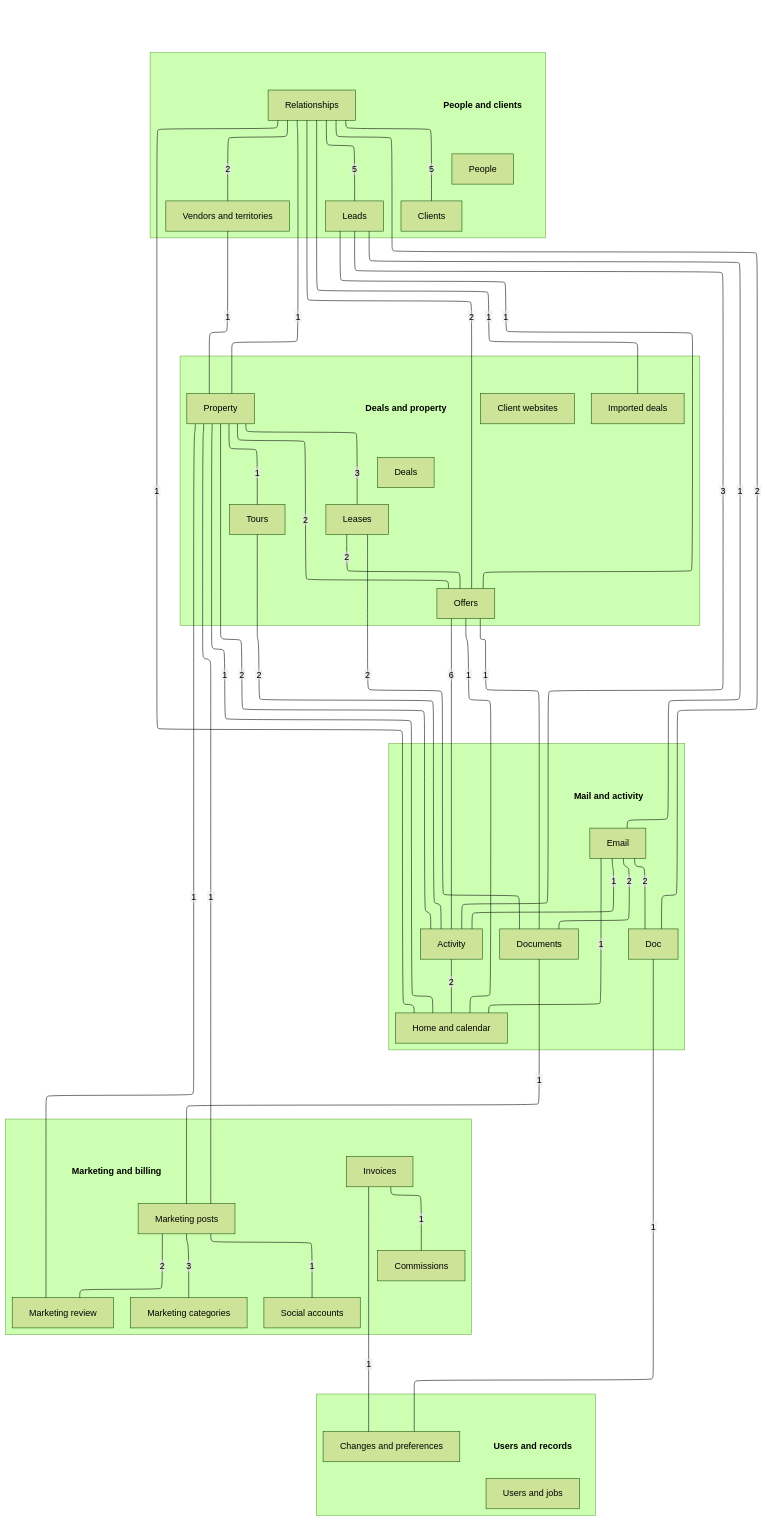
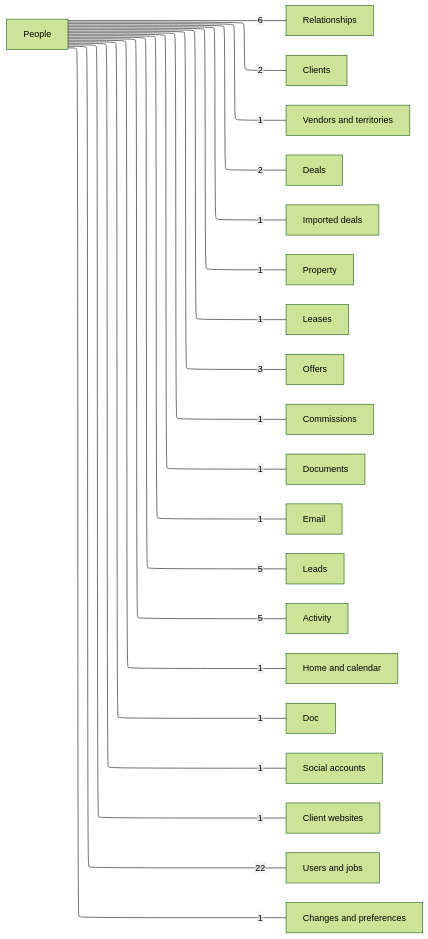
The first of 24 diagrams in docs/database/README.md (DoctorCRE/doctorcre-engine), drawn with Mermaid (forest theme) before and after one commit. The commit also changed other lines of this file and 153 other files, not shown here.

````diff
--- a/docs/database/README.md
+++ b/docs/database/README.md
@@ -6,93 +8,50 @@
 ```mermaid
 ---
-title: "\u00a0"
 config:
   layout: elk
   flowchart:
-    titleTopMargin: 56
     htmlLabels: false
-    diagramPadding: 8
-    nodeSpacing: 25
-    rankSpacing: 35
 ---
-flowchart TB
-  subgraph group0[" "]
-    heading-group0["People and clients"]:::heading
-    a-people["People"]
-    a-relationships["Relationships"]
-    a-clients["Clients"]
-    a-vendors-territories["Vendors and territories"]
-    a-leads["Leads"]
-  end
-  subgraph group1[" "]
-    heading-group1["Deals and property"]:::heading
-    a-deals["Deals"]
-    a-imported-deals["Imported deals"]
-    a-property["Property"]
-    a-leases["Leases"]
-    a-offers["Offers"]
-    a-tours["Tours"]
-    a-website["Client websites"]
-  end
-  subgraph group2[" "]
-    heading-group2["Mail and activity"]:::heading
-    a-email["Email"]
-    a-documents["Documents"]
-    a-activity["Activity"]
-    a-home-calendar["Home and calendar"]
-    a-doc["Doc"]
-  end
-  subgraph group3[" "]
-    heading-group3["Marketing and billing"]:::heading
-    a-marketing-posts["Marketing posts"]
-    a-marketing-categories["Marketing categories"]
-    a-marketing-review["Marketing review"]
-    a-social-accounts["Social accounts"]
-    a-invoices["Invoices"]
-    a-commissions["Commissions"]
-  end
-  subgraph group4[" "]
-    heading-group4["Users and records"]:::heading
-    a-users-jobs["Users and jobs"]
-    a-changes-preferences["Changes and preferences"]
-  end
-  a-relationships ---|5| a-clients
-  a-relationships ---|2| a-vendors-territories
-  a-relationships ---|5| a-leads
-  a-relationships ---|1| a-imported-deals
-  a-relationships ---|1| a-property
-  a-relationships ---|2| a-offers
-  a-relationships ---|1| a-home-calendar
-  a-relationships ---|2| a-doc
-  a-vendors-territories ---|1| a-property
-  a-leads ---|1| a-offers
-  a-leads ---|1| a-email
-  a-leads ---|3| a-activity
-  a-property ---|3| a-leases
-  a-property ---|2| a-offers
-  a-property ---|1| a-tours
-  a-property ---|2| a-activity
-  a-property ---|1| a-home-calendar
-  a-property ---|1| a-marketing-posts
-  a-property ---|1| a-marketing-review
-  a-leases ---|2| a-offers
-  a-leases ---|2| a-documents
-  a-offers ---|1| a-documents
-  a-offers ---|6| a-activity
-  a-offers ---|1| a-home-calendar
-  a-tours ---|2| a-activity
-  a-email ---|2| a-documents
-  a-email ---|1| a-activity
-  a-email ---|1| a-home-calendar
-  a-email ---|2| a-doc
-  a-documents ---|1| a-marketing-posts
-  a-activity ---|2| a-home-calendar
-  a-doc ---|1| a-changes-preferences
-  a-marketing-posts ---|3| a-marketing-categories
-  a-marketing-posts ---|2| a-marketing-review
-  a-marketing-posts ---|1| a-social-accounts
-  a-invoices ---|1| a-commissions
-  a-invoices ---|1| a-changes-preferences
+flowchart LR
+  a-people["People"]
+  a-relationships["Relationships"]
+  a-people ---|6| a-relationships
+  a-clients["Clients"]
+  a-people ---|2| a-clients
+  a-vendors-territories["Vendors and territories"]
+  a-people ---|1| a-vendors-territories
+  a-deals["Deals"]
+  a-people ---|2| a-deals
+  a-imported-deals["Imported deals"]
+  a-people ---|1| a-imported-deals
+  a-property["Property"]
+  a-people ---|1| a-property
+  a-leases["Leases"]
+  a-people ---|1| a-leases
+  a-offers["Offers"]
+  a-people ---|3| a-offers
+  a-commissions["Commissions"]
+  a-people ---|1| a-commissions
+  a-documents["Documents"]
+  a-people ---|1| a-documents
+  a-email["Email"]
+  a-people ---|1| a-email
+  a-leads["Leads"]
+  a-people ---|5| a-leads
+  a-activity["Activity"]
+  a-people ---|5| a-activity
+  a-home-calendar["Home and calendar"]
+  a-people ---|1| a-home-calendar
+  a-doc["Doc"]
+  a-people ---|1| a-doc
+  a-social-accounts["Social accounts"]
+  a-people ---|1| a-social-accounts
+  a-website["Client websites"]
+  a-people ---|1| a-website
+  a-users-jobs["Users and jobs"]
+  a-people ---|22| a-users-jobs
+  a-changes-preferences["Changes and preferences"]
+  a-people ---|1| a-changes-preferences
   click a-people href "https://github.com/DoctorCRE/doctorcre-engine/blob/main/docs/database/tables/viewpoint-people.md"
   click a-relationships href "https://github.com/DoctorCRE/doctorcre-engine/blob/main/docs/database/tables/viewpoint-relationships.md"
   click a-clients href "https://github.com/DoctorCRE/doctorcre-engine/blob/main/docs/database/tables/viewpoint-clients.md"
@@ -109,19 +68,8 @@
   click a-activity href "https://github.com/DoctorCRE/doctorcre-engine/blob/main/docs/database/tables/viewpoint-activity.md"
   click a-home-calendar href "https://github.com/DoctorCRE/doctorcre-engine/blob/main/docs/database/tables/viewpoint-home-calendar.md"
   click a-doc href "https://github.com/DoctorCRE/doctorcre-engine/blob/main/docs/database/tables/viewpoint-doc.md"
-  click a-invoices href "https://github.com/DoctorCRE/doctorcre-engine/blob/main/docs/database/tables/viewpoint-invoices.md"
-  click a-marketing-posts href "https://github.com/DoctorCRE/doctorcre-engine/blob/main/docs/database/tables/viewpoint-marketing-posts.md"
-  click a-marketing-categories href "https://github.com/DoctorCRE/doctorcre-engine/blob/main/docs/database/tables/viewpoint-marketing-categories.md"
-  click a-marketing-review href "https://github.com/DoctorCRE/doctorcre-engine/blob/main/docs/database/tables/viewpoint-marketing-review.md"
   click a-social-accounts href "https://github.com/DoctorCRE/doctorcre-engine/blob/main/docs/database/tables/viewpoint-social-accounts.md"
-  click a-tours href "https://github.com/DoctorCRE/doctorcre-engine/blob/main/docs/database/tables/viewpoint-tours.md"
   click a-website href "https://github.com/DoctorCRE/doctorcre-engine/blob/main/docs/database/tables/viewpoint-website.md"
   click a-users-jobs href "https://github.com/DoctorCRE/doctorcre-engine/blob/main/docs/database/tables/viewpoint-users-jobs.md"
   click a-changes-preferences href "https://github.com/DoctorCRE/doctorcre-engine/blob/main/docs/database/tables/viewpoint-changes-preferences.md"
-  heading-group0 ~~~ a-people
-  heading-group1 ~~~ a-deals
-  heading-group2 ~~~ a-email
-  heading-group3 ~~~ a-marketing-posts
-  heading-group4 ~~~ a-users-jobs
-  classDef heading fill:none,stroke:none,font-weight:bold
 ```
````
